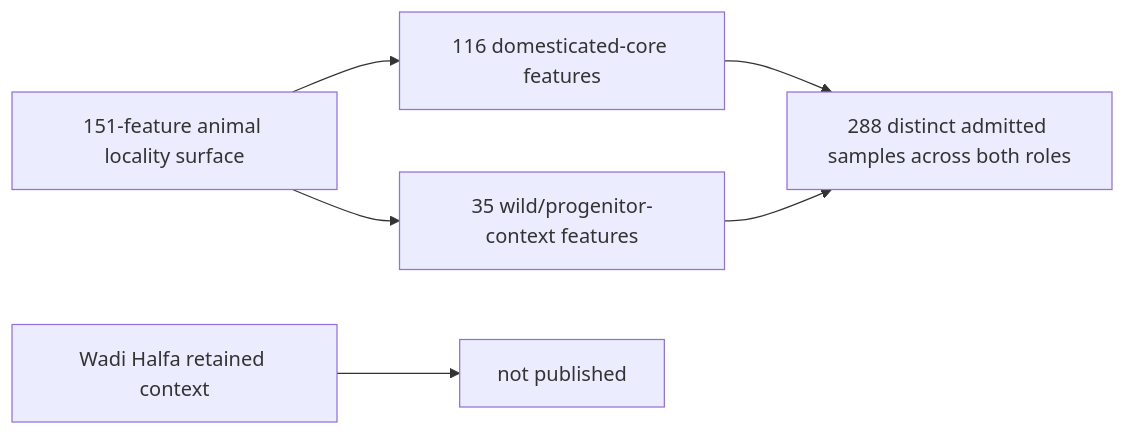
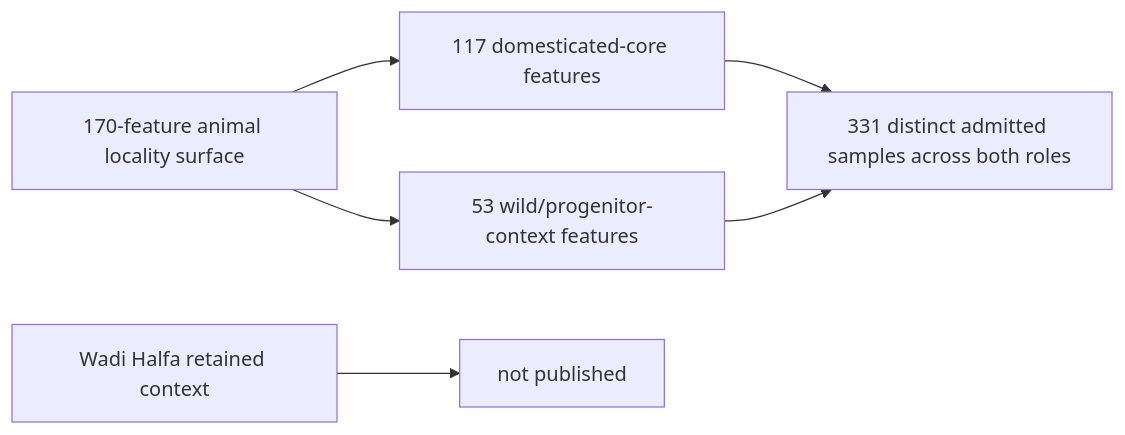
The third of 4 diagrams in docs/public/pollenomics/foundation/repository-scope-and-limits.md (bijux/bijux-pollenomics), drawn with Mermaid before and after one commit. The commit also changed other lines of this file and 23 other files, not shown here.

````diff
--- a/docs/public/pollenomics/foundation/repository-scope-and-limits.md
+++ b/docs/public/pollenomics/foundation/repository-scope-and-limits.md
@@ -138,8 +138,8 @@
 ```mermaid
 flowchart LR
-    Layer["151-feature animal locality surface"] --> Domestic["116 domesticated-core features"]
-    Layer --> Context["35 wild/progenitor-context features"]
-    Domestic --> Samples["288 distinct admitted samples across both roles"]
+    Layer["170-feature animal locality surface"] --> Domestic["117 domesticated-core features"]
+    Layer --> Context["53 wild/progenitor-context features"]
+    Domestic --> Samples["331 distinct admitted samples across both roles"]
     Context --> Samples
     Wadi["Wadi Halfa retained context"] --> Excluded["not published"]
 ```
````
